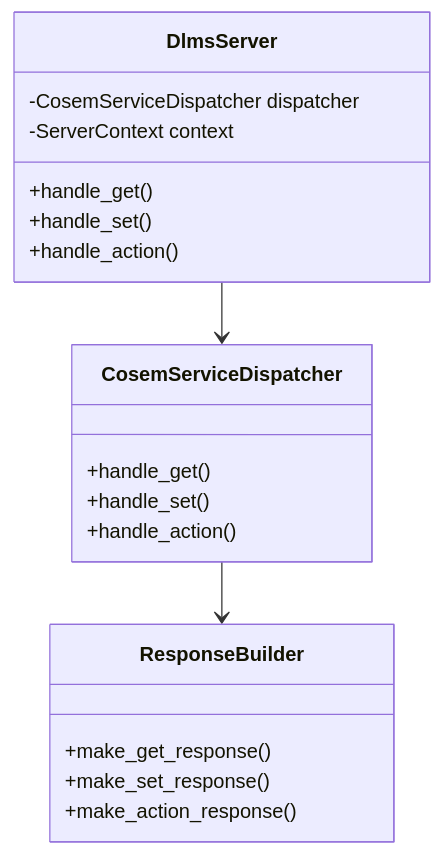
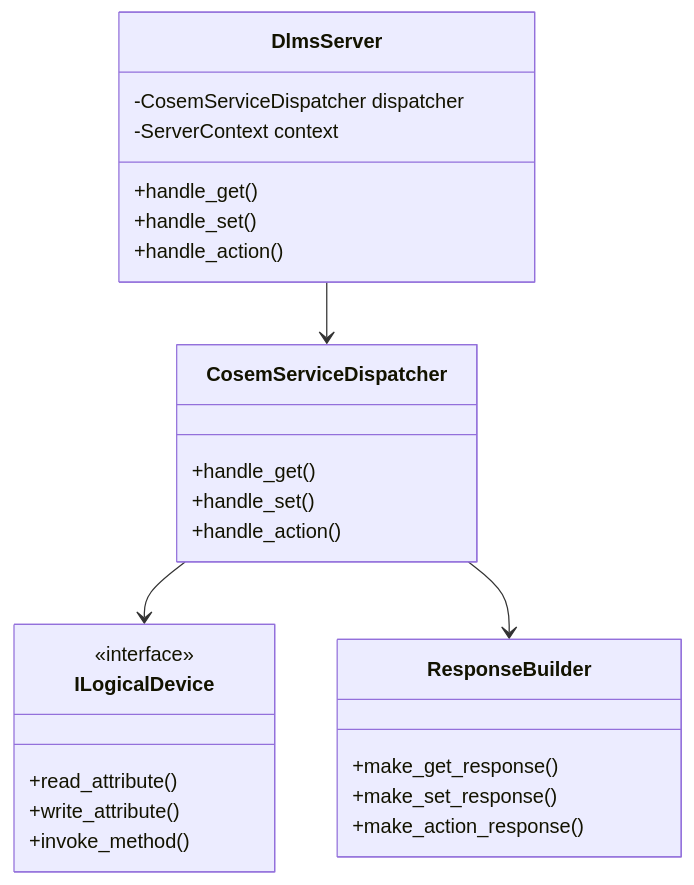
Before and after one commit to gvtret/dlms: the tenth of 12 diagrams in docs/system_architecture.md, drawn with Mermaid. The commit also changed other lines of this file and 15 other files, not shown here.

````diff
--- a/docs/system_architecture.md
+++ b/docs/system_architecture.md
@@ -831,25 +839,33 @@
 ```mermaid
 classDiagram
   class DlmsServer {
     -CosemServiceDispatcher dispatcher
     -ServerContext context
     +handle_get()
     +handle_set()
     +handle_action()
   }
 
   class CosemServiceDispatcher {
     +handle_get()
     +handle_set()
     +handle_action()
   }
 
+  class ILogicalDevice {
+    <<interface>>
+    +read_attribute()
+    +write_attribute()
+    +invoke_method()
+  }
+
   class ResponseBuilder {
     +make_get_response()
     +make_set_response()
     +make_action_response()
   }
 
   DlmsServer --> CosemServiceDispatcher
+  CosemServiceDispatcher --> ILogicalDevice
   CosemServiceDispatcher --> ResponseBuilder
 ```
````
